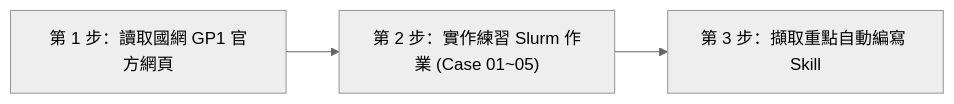
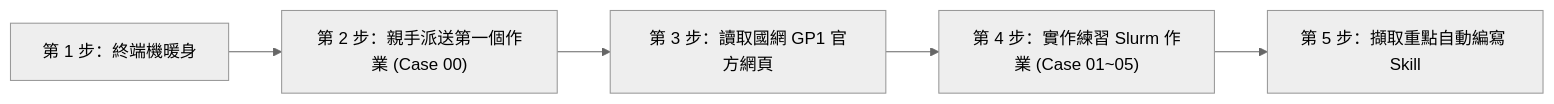
The diagram in 03-basic-slurm-and-qc/README.md (gemini960114/nano4-ngs-slurm-skill), drawn with Mermaid (neutral theme) before and after one commit. The commit also changed other lines of this file and 4 other files, not shown here.

````diff
--- a/03-basic-slurm-and-qc/README.md
+++ b/03-basic-slurm-and-qc/README.md
@@ -11,5 +15,7 @@
 ```mermaid
 flowchart LR
-    S1["第 1 步：讀取國網 GP1 官方網頁"] --> S2["第 2 步：實作練習 Slurm 作業 (Case 01~05)"]
-    S2 --> S3["第 3 步：擷取重點自動編寫 Skill"]
+    T1["第 1 步：終端機暖身"] --> T2["第 2 步：親手派送第一個作業 (Case 00)"]
+    T2 --> S1["第 3 步：讀取國網 GP1 官方網頁"]
+    S1 --> S2["第 4 步：實作練習 Slurm 作業 (Case 01~05)"]
+    S2 --> S3["第 5 步：擷取重點自動編寫 Skill"]
 ```
````
